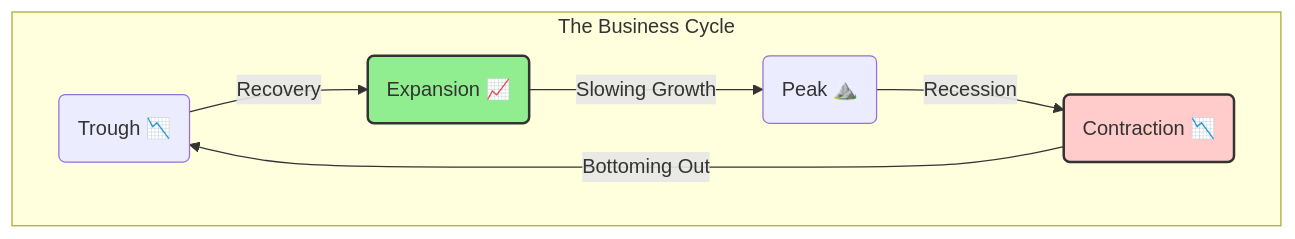
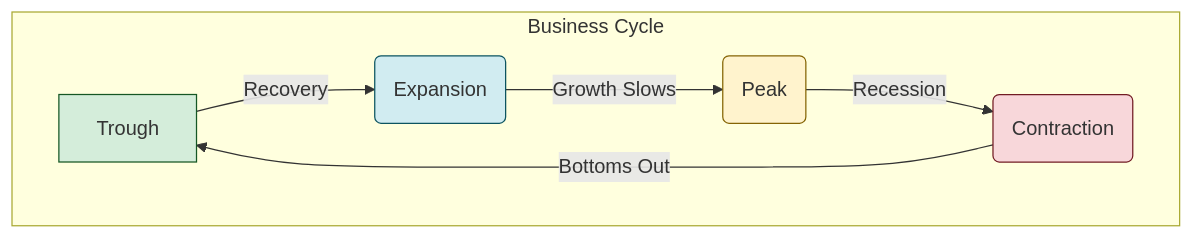
One commit to agarwalvipin/open_cfa changed the diagram in docs/LOS/Economics/Reading 13.md. Above: the diagram before and after it, drawn with Mermaid. The commit also changed other lines of this file and 13 other files, not shown here.

````diff
--- a/docs/LOS/Economics/Reading 13.md
+++ b/docs/LOS/Economics/Reading 13.md
@@ -15,11 +23,13 @@
 ```mermaid
 graph TD
-    subgraph The Business Cycle
-        A(Trough 📉) -- Recovery --> B(Expansion 📈);
-        B -- Slowing Growth --> C(Peak ⛰️);
-        C -- Recession --> D(Contraction 📉);
-        D -- Bottoming Out --> A;
+    subgraph Business Cycle
+        A[Trough] -- Recovery --> B(Expansion);
+        B -- Growth Slows --> C(Peak);
+        C -- Recession --> D(Contraction);
+        D -- Bottoms Out --> A;
     end
-    style B fill:#90ee90,stroke:#333,stroke-width:2px
-    style D fill:#ffcccb,stroke:#333,stroke-width:2px
+    style A fill:#d4edda,stroke:#155724
+    style B fill:#d1ecf1,stroke:#0c5460
+    style C fill:#fff3cd,stroke:#856404
+    style D fill:#f8d7da,stroke:#721c24
 ```
````
